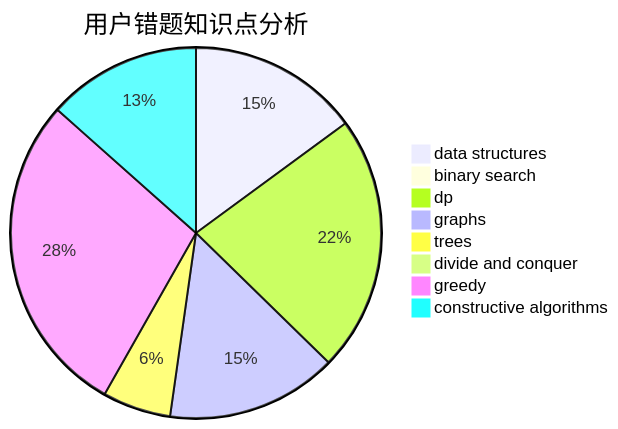
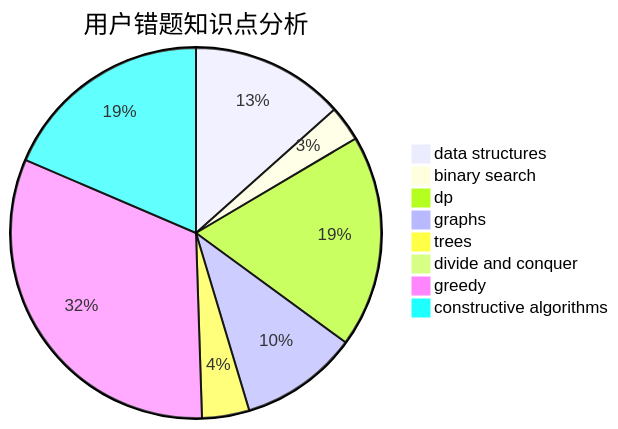
One commit to sherpahu/cfrs.github.io changed the third of 3 diagrams in docs/user/u2707.md. Above: the diagram before and after it, drawn with Mermaid. The commit also changed other lines of this file and 2770 other files, not shown here.

````diff
--- a/docs/user/u2707.md
+++ b/docs/user/u2707.md
@@ -36,11 +36,11 @@
 ```mermaid
 pie title 用户错题知识点分析
-    "data structures" :  10
-    "binary search" :  0
-    "dp" :  15
+    "data structures" :  13
+    "binary search" :  3
+    "dp" :  18
     "graphs" :  10
     "trees" :  4
     "divide and conquer" :  0
-    "greedy" :  19
-    "constructive algorithms" :  9
+    "greedy" :  31
+    "constructive algorithms" :  18
 ```
````
